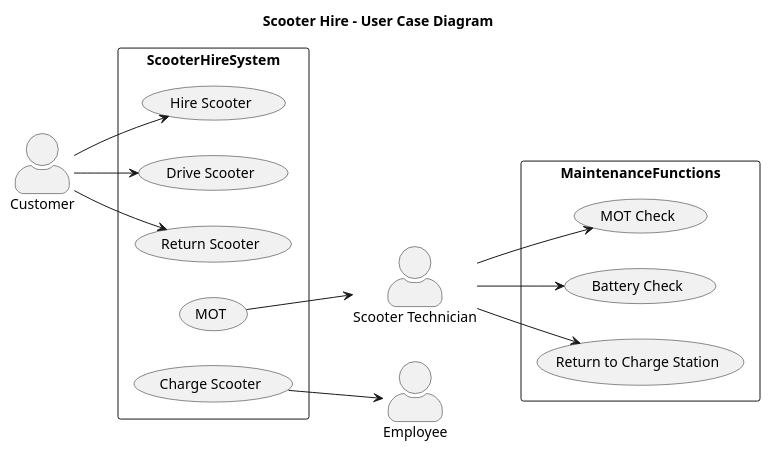
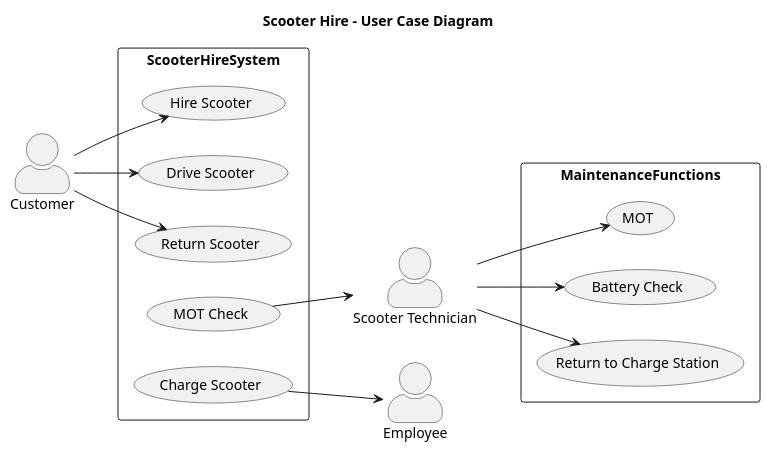
Before and after one commit to shaniefrater/wht-bootcamp: the diagram in scooter-hire/Diagrams/Scooter-ucd.wsd, drawn with PlantUML. The commit also changed 1 other file, not shown here.

```diff
--- a/scooter-hire/Diagrams/Scooter-ucd.wsd
+++ b/scooter-hire/Diagrams/Scooter-ucd.wsd
@@ -1,35 +1,35 @@
 @startuml
 
 title Scooter Hire - User Case Diagram
 
 left to right direction
 
 skinparam actorStyle awesome
 
 actor "Customer" as fc
 actor "Employee" as ga
 actor "Scooter Technician" as fa
 
 rectangle ScooterHireSystem {
     usecase "Hire Scooter" as UC1
     usecase "Drive Scooter" as UC2
     usecase "Return Scooter" as UC3
-    usecase "MOT" as UC5
+    usecase "MOT Check" as UC5
     usecase "Charge Scooter" as UC4
 }
 
 rectangle MaintenanceFunctions {
-    usecase "MOT Check" as MF1
+    usecase "MOT" as MF1
     usecase "Battery Check" as MF2
     usecase "Return to Charge Station" as MF3
 }
 fc --> UC1
 fc --> UC2
 fc --> UC3
 UC4 --> ga
 UC5 --> fa
 fa --> MF1
 fa --> MF2
 fa --> MF3
 
 @enduml
```
